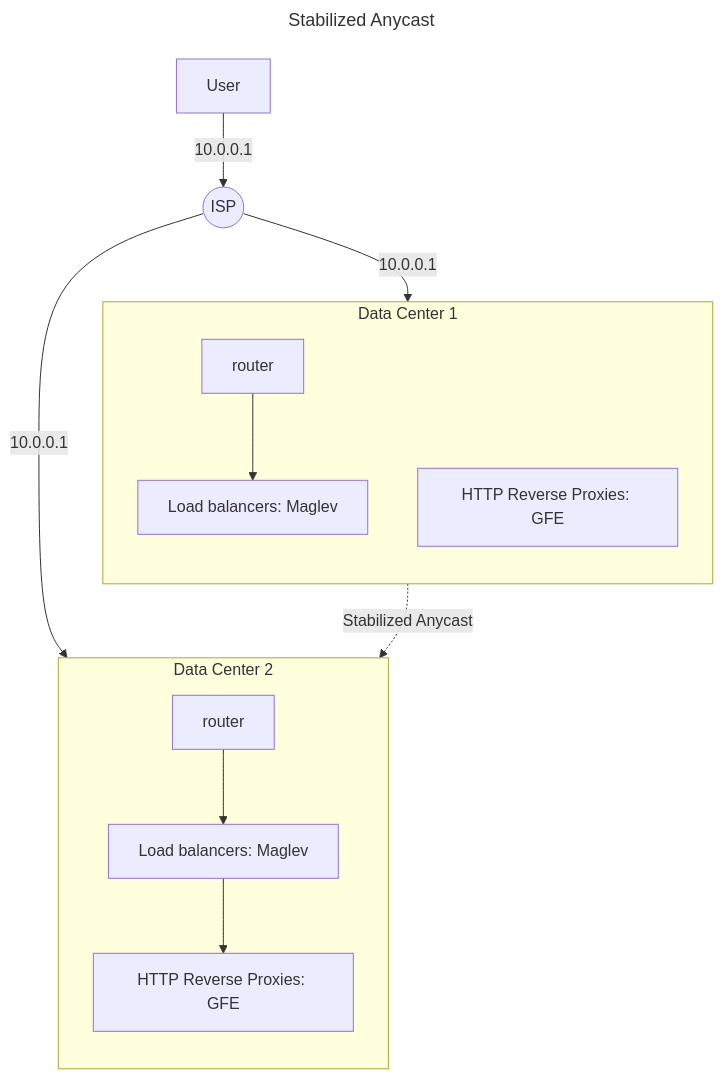
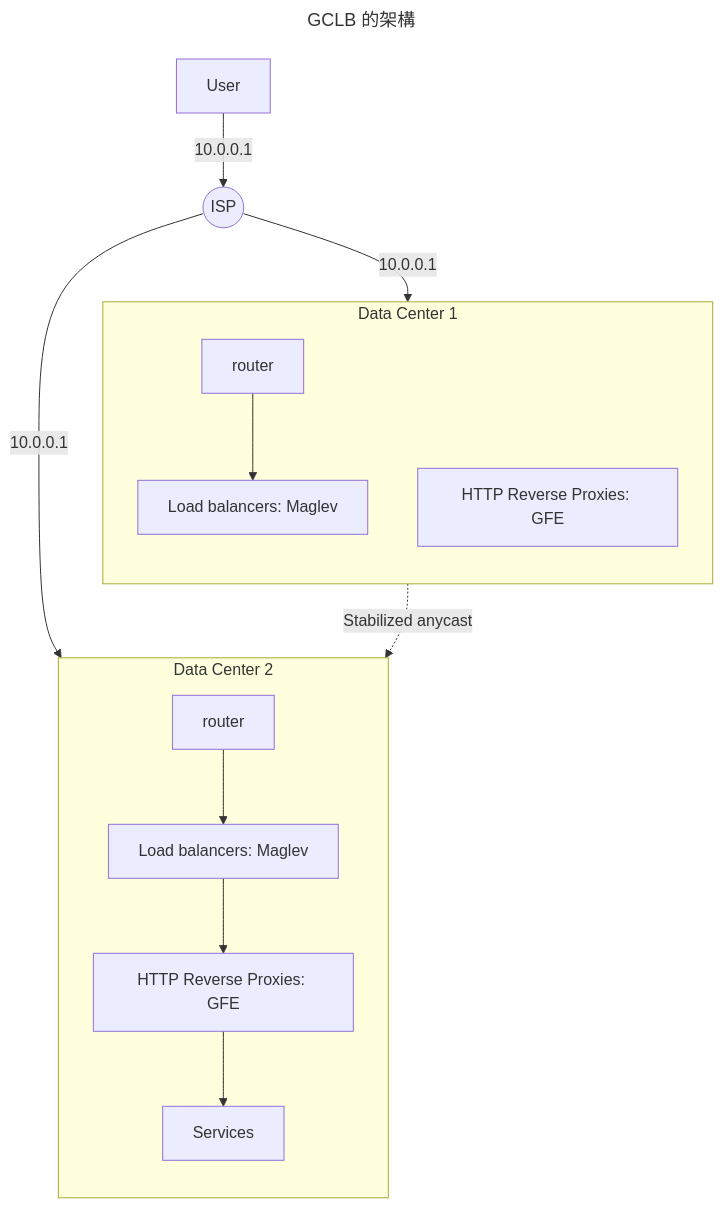
Before and after one commit to evan361425/evan361425.github.io: the first of 2 diagrams in src/feedback/site-reliability-workbook/managing-load.md, drawn with Mermaid. The commit also changed other lines of this file and 1 other file, not shown here.

Commit message:
sre: managing-load finish gclb

````diff
--- a/src/feedback/site-reliability-workbook/managing-load.md
+++ b/src/feedback/site-reliability-workbook/managing-load.md
@@ -48,20 +52,21 @@
 ```mermaid
 ---
-title: Stabilized Anycast
+title: GCLB 的架構
 ---
 flowchart TB
   u[User] --10.0.0.1--> i((ISP))
   subgraph "Data Center 1"
     direction TB
     u1[router] --> lb1[Load balancers: Maglev]
     p1[HTTP Reverse Proxies: GFE]
   end
   subgraph "Data Center 2"
     direction TB
     u2[router] --> lb2[Load balancers: Maglev]
     lb2 --> p2[HTTP Reverse Proxies: GFE]
+    p2 --> svc[Services]
   end
   i --10.0.0.1--> u1
   i --10.0.0.1--> u2
-  lb1 -.Stabilized Anycast.-> lb2
+  lb1 -.Stabilized anycast.-> lb2
 ```
````
